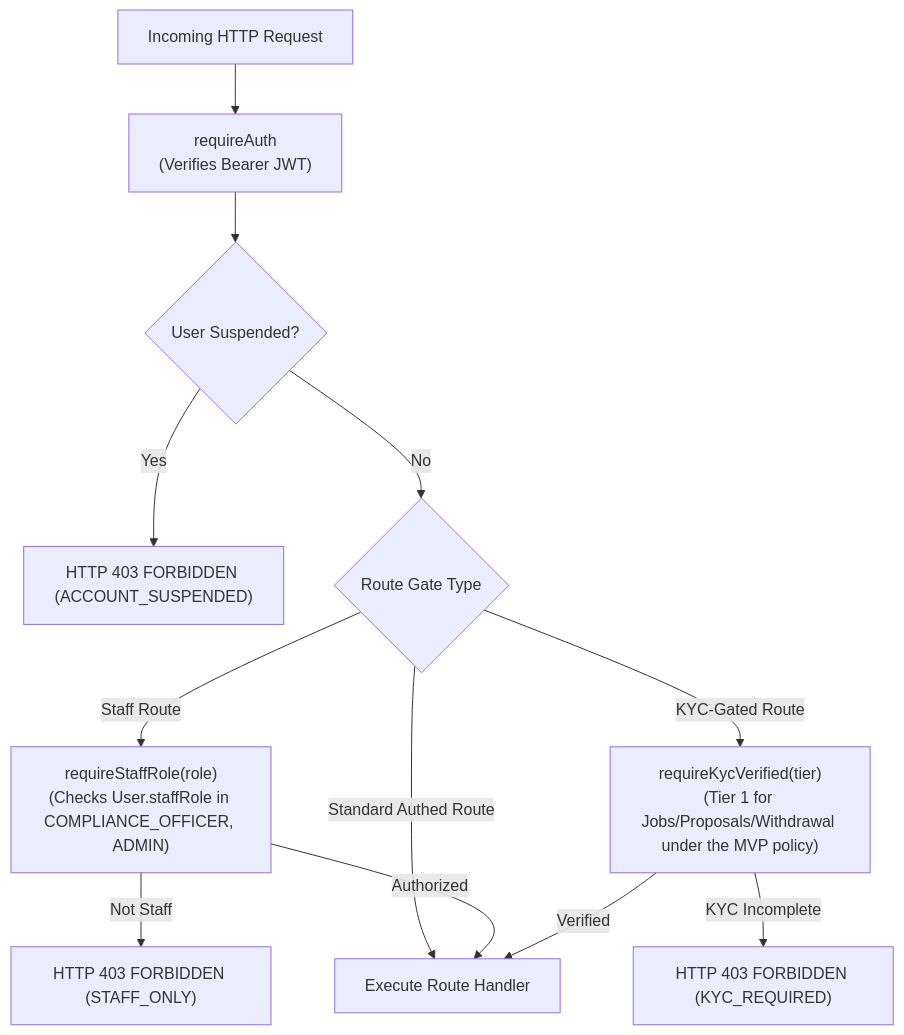
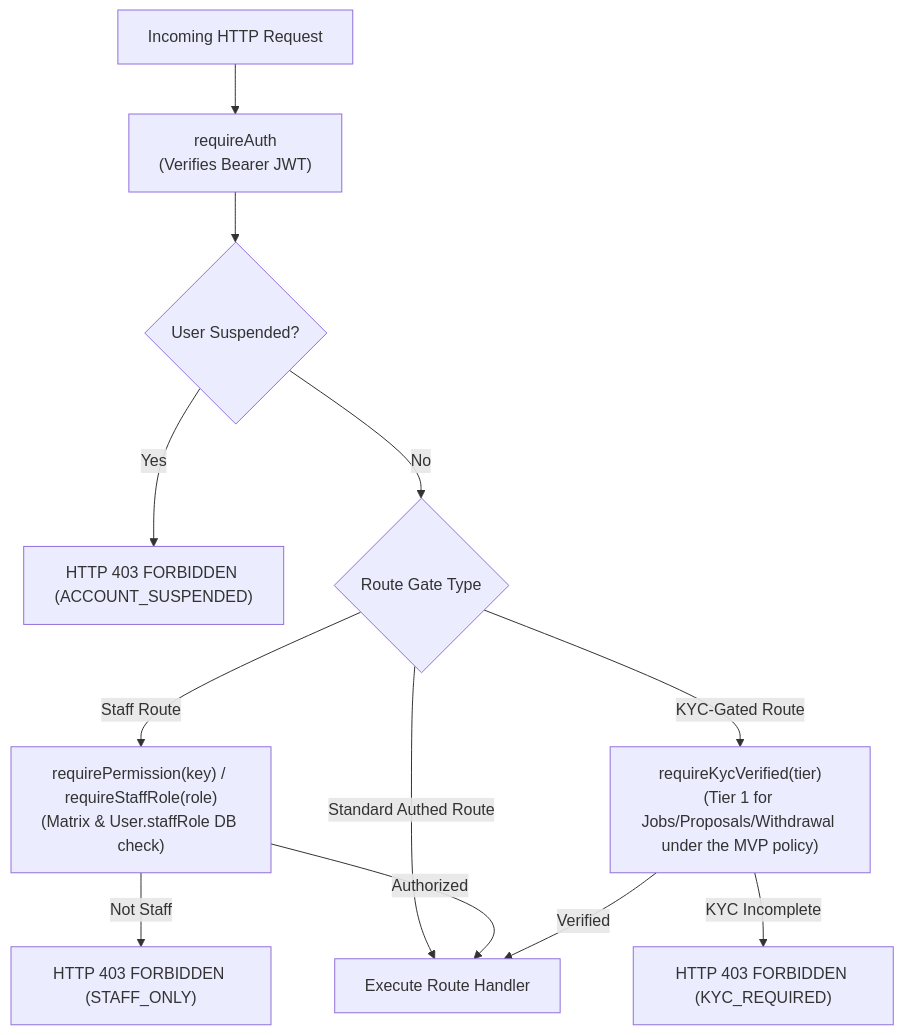
Diagram 20 of 25 in docs/SYSTEM_DESIGN.md (yonasmindaye04-sketch/Yekis), drawn with Mermaid before and after one commit. The commit also changed other lines of this file and 79 other files, not shown here.

Commit message:
feat(ops): wire admin dashboards to real data, align workspace UI, and update staff docs

````diff
--- a/docs/SYSTEM_DESIGN.md
+++ b/docs/SYSTEM_DESIGN.md
@@ -1833,17 +1833,17 @@
 ```mermaid
 flowchart TD
     Req["Incoming HTTP Request"] --> AuthMid["requireAuth\n(Verifies Bearer JWT)"]
     AuthMid --> UserCheck{"User Suspended?"}
     UserCheck -- Yes --> SusErr["HTTP 403 FORBIDDEN (ACCOUNT_SUSPENDED)"]
     UserCheck -- No --> GateRouter{"Route Gate Type"}
     
-    GateRouter -- Staff Route --> StaffMid["requireStaffRole(role)\n(Checks User.staffRole in COMPLIANCE_OFFICER, ADMIN)"]
+    GateRouter -- Staff Route --> StaffMid["requirePermission(key) / requireStaffRole(role)\n(Matrix & User.staffRole DB check)"]
     GateRouter -- KYC-Gated Route --> KycMid["requireKycVerified(tier)\n(Tier 1 for Jobs/Proposals/Withdrawal under the MVP policy)"]
     GateRouter -- Standard Authed Route --> Handler["Execute Route Handler"]
 
     StaffMid -- Not Staff --> StaffErr["HTTP 403 FORBIDDEN (STAFF_ONLY)"]
     StaffMid -- Authorized --> Handler
 
     KycMid -- KYC Incomplete --> KycErr["HTTP 403 FORBIDDEN (KYC_REQUIRED)"]
     KycMid -- Verified --> Handler
 ```
````
